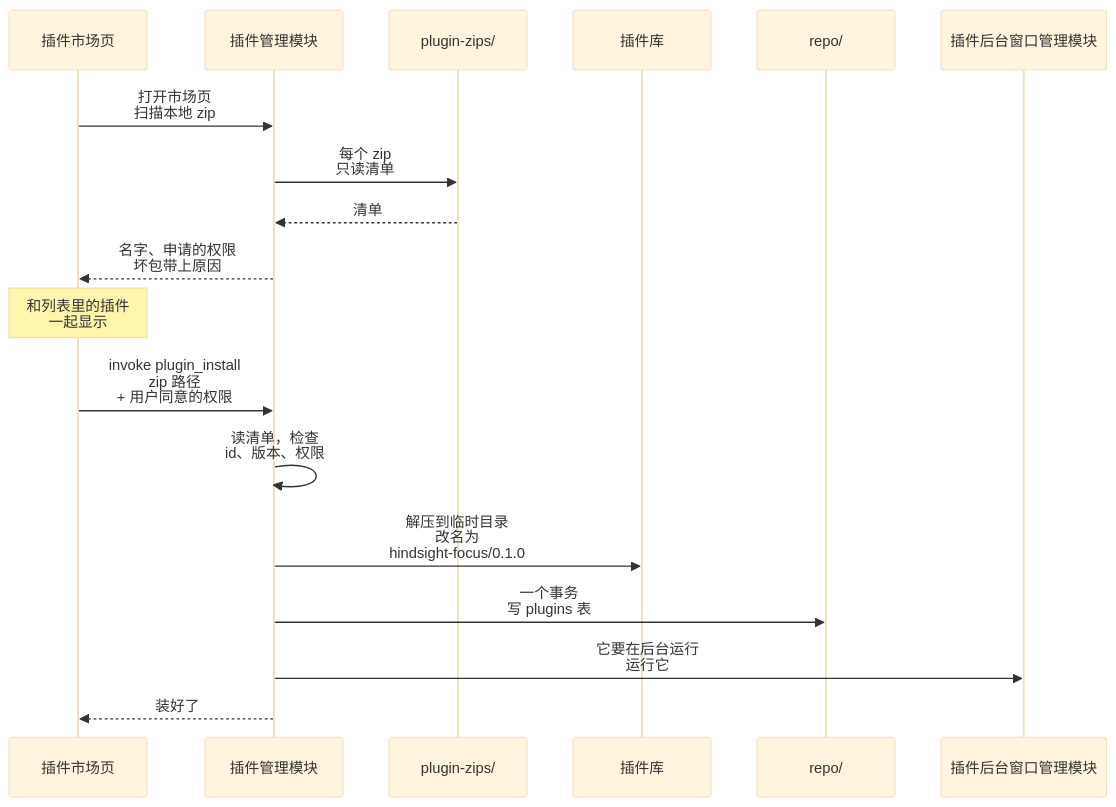
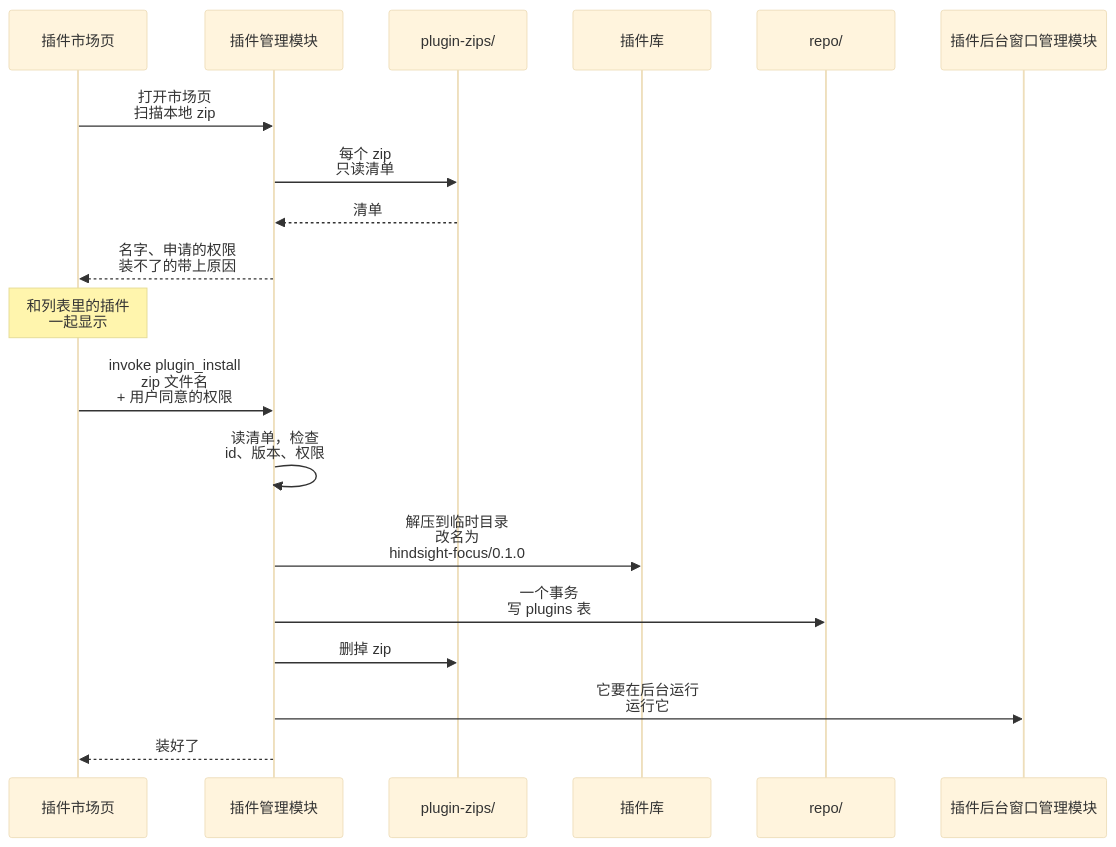
One commit to Tomotsugu-dev/Hindsight changed the second of 3 diagrams in docs/design/plugins/zh/install.md. Above: the diagram before and after it, drawn with Mermaid (base theme). The commit also changed other lines of this file and 1 other file, not shown here.

First line of the commit message:
docs(plugins): describe deleting the zip after a local install

````diff
--- a/docs/design/plugins/zh/install.md
+++ b/docs/design/plugins/zh/install.md
@@ -47,20 +47,21 @@
 ```mermaid
 sequenceDiagram
   participant M as 插件市场页
   participant G as 插件管理模块
   participant Z as plugin-zips/
   participant D as 插件库
   participant R as repo/
   participant W as 插件后台窗口管理模块
   M->>G: 打开市场页<br/>扫描本地 zip
   G->>Z: 每个 zip<br/>只读清单
   Z-->>G: 清单
-  G-->>M: 名字、申请的权限<br/>坏包带上原因
+  G-->>M: 名字、申请的权限<br/>装不了的带上原因
   Note over M: 和列表里的插件<br/>一起显示
-  M->>G: invoke plugin_install<br/>zip 路径<br/>+ 用户同意的权限
+  M->>G: invoke plugin_install<br/>zip 文件名<br/>+ 用户同意的权限
   G->>G: 读清单，检查<br/>id、版本、权限
   G->>D: 解压到临时目录<br/>改名为<br/>hindsight-focus/0.1.0
   G->>R: 一个事务<br/>写 plugins 表
+  G->>Z: 删掉 zip
   G->>W: 它要在后台运行<br/>运行它
   G-->>M: 装好了
 ```
````
